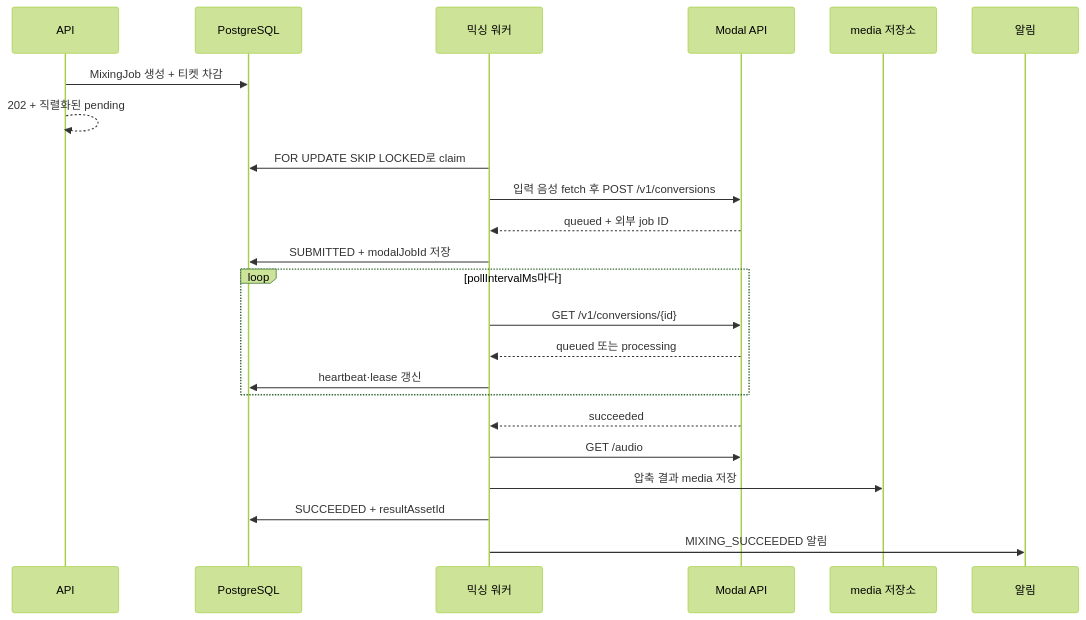
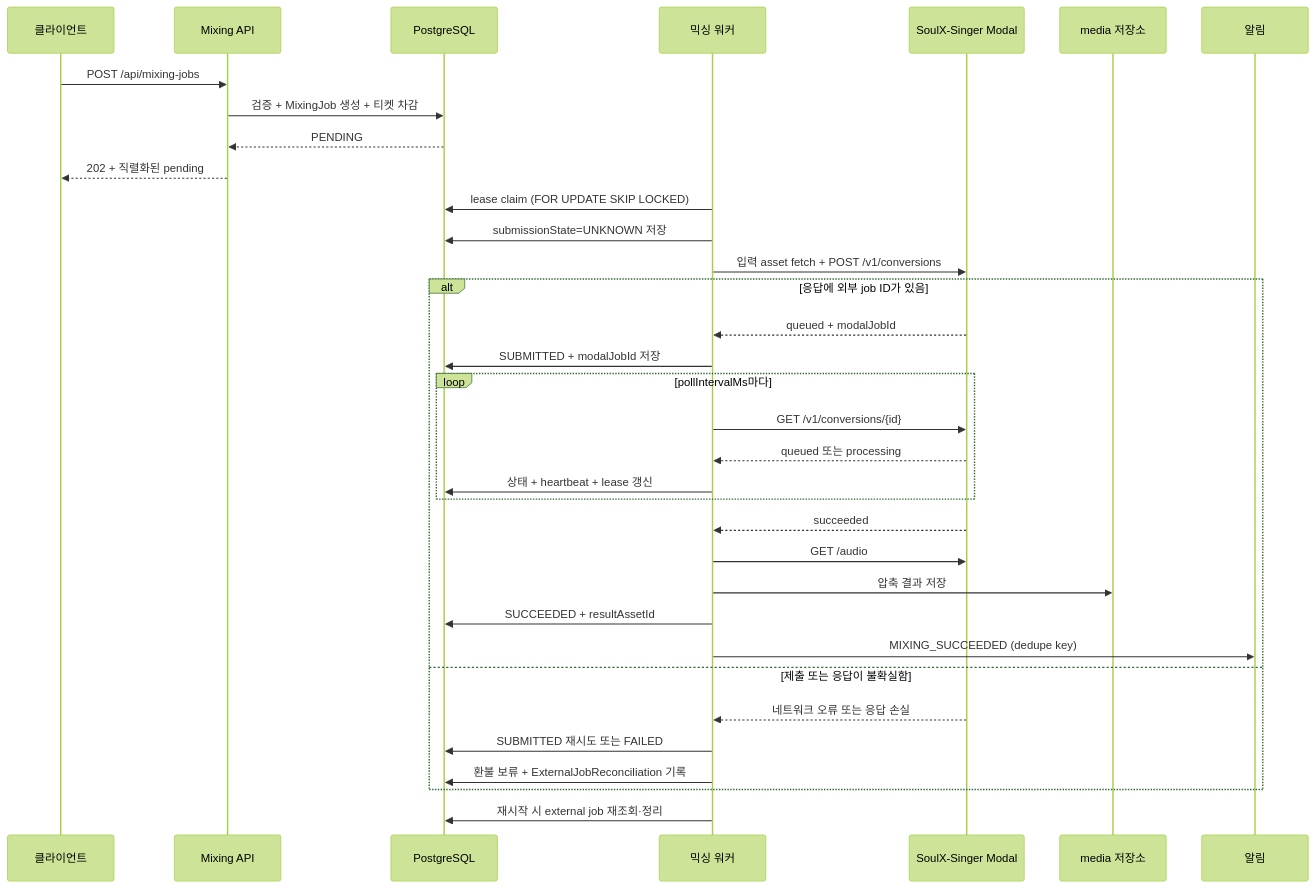
The second of 2 diagrams in openwiki/workflows/mixing-and-recovery.md (leey00nsu/copy-singer), drawn with Mermaid (forest theme) before and after one commit. The commit also changed other lines of this file and 27 other files, not shown here.

````diff
--- a/openwiki/workflows/mixing-and-recovery.md
+++ b/openwiki/workflows/mixing-and-recovery.md
@@ -70,26 +71,37 @@
 ```mermaid
 sequenceDiagram
-    participant API as API
-    participant DB as PostgreSQL
+    participant C as 클라이언트
+    participant A as Mixing API
+    participant D as PostgreSQL
     participant W as 믹싱 워커
-    participant M as Modal API
+    participant M as SoulX-Singer Modal
     participant S as media 저장소
     participant N as 알림
 
-    API->>DB: MixingJob 생성 + 티켓 차감
-    API-->>API: 202 + 직렬화된 pending
-    W->>DB: FOR UPDATE SKIP LOCKED로 claim
-    W->>M: 입력 음성 fetch 후 POST /v1/conversions
-    M-->>W: queued + 외부 job ID
-    W->>DB: SUBMITTED + modalJobId 저장
-    loop pollIntervalMs마다
-        W->>M: GET /v1/conversions/{id}
-        M-->>W: queued 또는 processing
-        W->>DB: heartbeat·lease 갱신
+    C->>A: POST /api/mixing-jobs
+    A->>D: 검증 + MixingJob 생성 + 티켓 차감
+    D-->>A: PENDING
+    A-->>C: 202 + 직렬화된 pending
+    W->>D: lease claim (FOR UPDATE SKIP LOCKED)
+    W->>D: submissionState=UNKNOWN 저장
+    W->>M: 입력 asset fetch + POST /v1/conversions
+    alt 응답에 외부 job ID가 있음
+        M-->>W: queued + modalJobId
+        W->>D: SUBMITTED + modalJobId 저장
+        loop pollIntervalMs마다
+            W->>M: GET /v1/conversions/{id}
+            M-->>W: queued 또는 processing
+            W->>D: 상태 + heartbeat + lease 갱신
+        end
+        M-->>W: succeeded
+        W->>M: GET /audio
+        W->>S: 압축 결과 저장
+        W->>D: SUCCEEDED + resultAssetId
+        W->>N: MIXING_SUCCEEDED (dedupe key)
+    else 제출 또는 응답이 불확실함
+        M-->>W: 네트워크 오류 또는 응답 손실
+        W->>D: SUBMITTED 재시도 또는 FAILED
+        W->>D: 환불 보류 + ExternalJobReconciliation 기록
     end
-    M-->>W: succeeded
-    W->>M: GET /audio
-    W->>S: 압축 결과 media 저장
-    W->>DB: SUCCEEDED + resultAssetId
-    W->>N: MIXING_SUCCEEDED 알림
+    W->>D: 재시작 시 external job 재조회·정리
 ```
````
